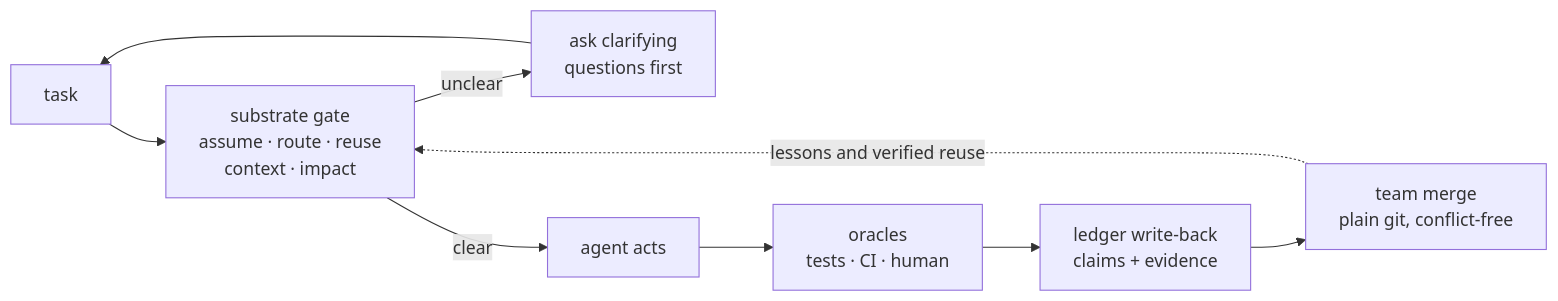
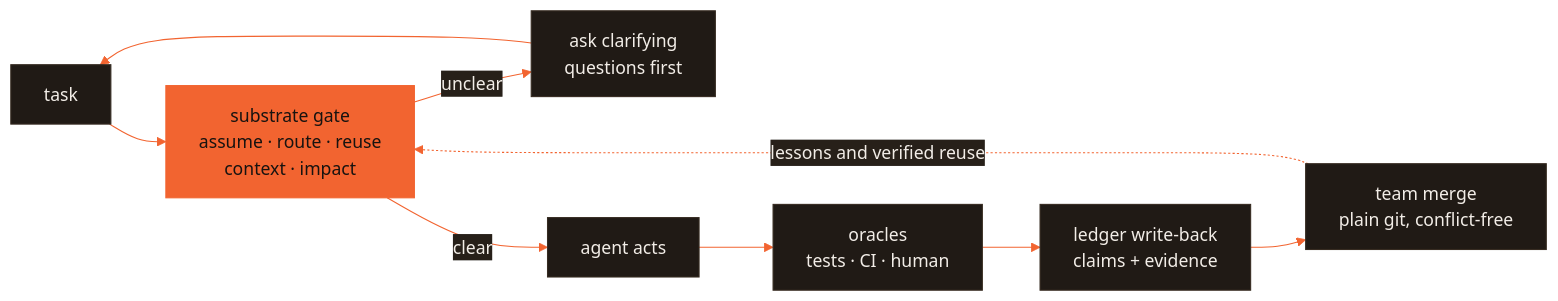
One commit to CodeWithJuber/forgekit changed the diagram in README.md. Above: the diagram before and after it, drawn with Mermaid. The commit also changed other lines of this file and 14 other files, not shown here.

````diff
--- a/README.md
+++ b/README.md
@@ -85,11 +60,14 @@
 ```mermaid
+%%{init: {'theme':'base','themeVariables':{'primaryColor':'#201a15','primaryTextColor':'#f2ede7','primaryBorderColor':'#372c22','lineColor':'#f26430','secondaryColor':'#272019','tertiaryColor':'#171310','fontFamily':'ui-sans-serif, system-ui, sans-serif'}}}%%
 flowchart LR
     T["task"] --> G["substrate gate<br/>assume · route · reuse<br/>context · impact"]
     G -->|unclear| Q["ask clarifying<br/>questions first"]
     Q --> T
     G -->|clear| A["agent acts"]
     A --> O["oracles<br/>tests · CI · human"]
     O --> L["ledger write-back<br/>claims + evidence"]
     L --> M["team merge<br/>plain git, conflict-free"]
     M -.->|lessons and verified reuse| G
+    classDef accent fill:#f26430,stroke:#f26430,color:#171310;
+    class G accent;
 ```
````
